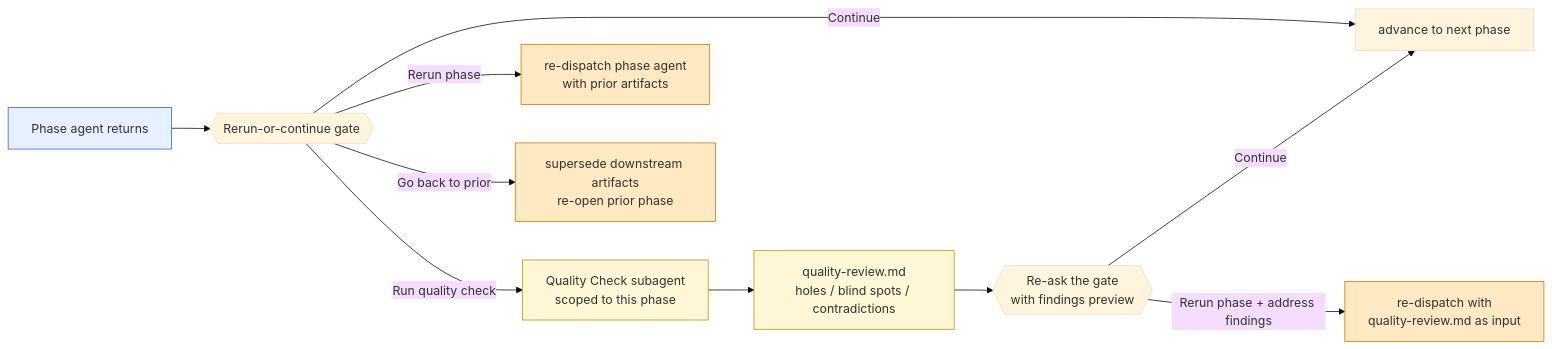
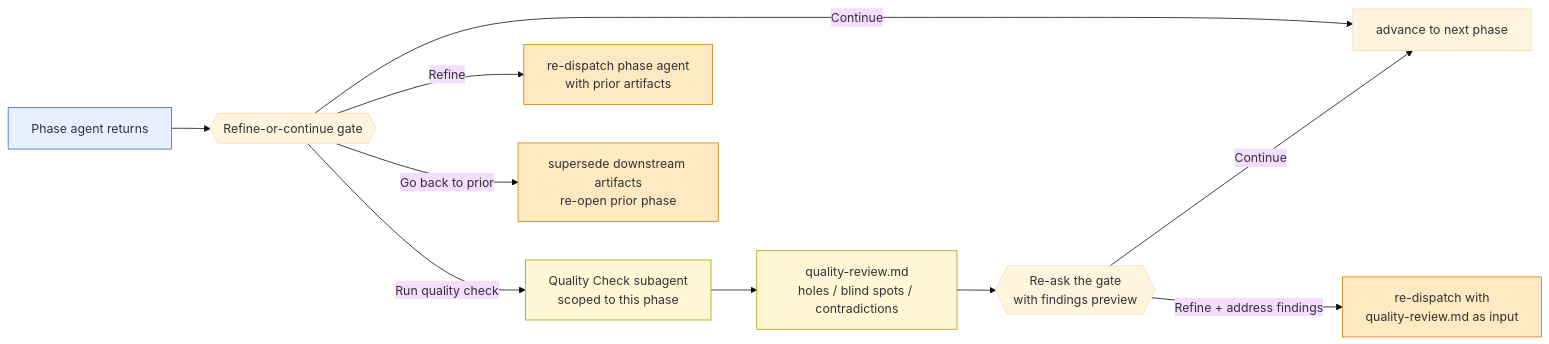
Before and after one commit to Zuhlek/loom: diagram 11 of 16 in docs/orchestrator/lifecycle-concepts-toc.md, drawn with Mermaid (base theme). The commit also changed other lines of this file and 17 other files, not shown here.

````diff
--- a/docs/orchestrator/lifecycle-concepts-toc.md
+++ b/docs/orchestrator/lifecycle-concepts-toc.md
@@ -866,18 +866,18 @@
 ```mermaid
 flowchart LR
-  PhaseRet[Phase agent returns] --> Gate{{Rerun-or-continue gate}}
+  PhaseRet[Phase agent returns] --> Gate{{Refine-or-continue gate}}
   Gate -->|Continue| Advance[advance to next phase]
   Gate -->|Run quality check| QC[Quality Check subagent<br/>scoped to this phase]
-  Gate -->|Rerun phase| Rerun[re-dispatch phase agent<br/>with prior artifacts]
+  Gate -->|Refine| Rerun[re-dispatch phase agent<br/>with prior artifacts]
   Gate -->|Go back to prior| Goback[supersede downstream artifacts<br/>re-open prior phase]
   QC --> QCReport[quality-review.md<br/>holes / blind spots / contradictions]
   QCReport --> Gate2{{Re-ask the gate<br/>with findings preview}}
   Gate2 -->|Continue| Advance
-  Gate2 -->|Rerun phase + address findings| RerunF[re-dispatch with<br/>quality-review.md as input]
+  Gate2 -->|Refine + address findings| RerunF[re-dispatch with<br/>quality-review.md as input]
   classDef phase fill:#e6f0ff,stroke:#3366cc
   classDef qc fill:#fff7d6,stroke:#aa9900
   classDef rerun fill:#ffe9c2,stroke:#cc7a00
   class PhaseRet phase
   class QC,QCReport qc
   class Rerun,RerunF,Goback rerun
 ```
````
